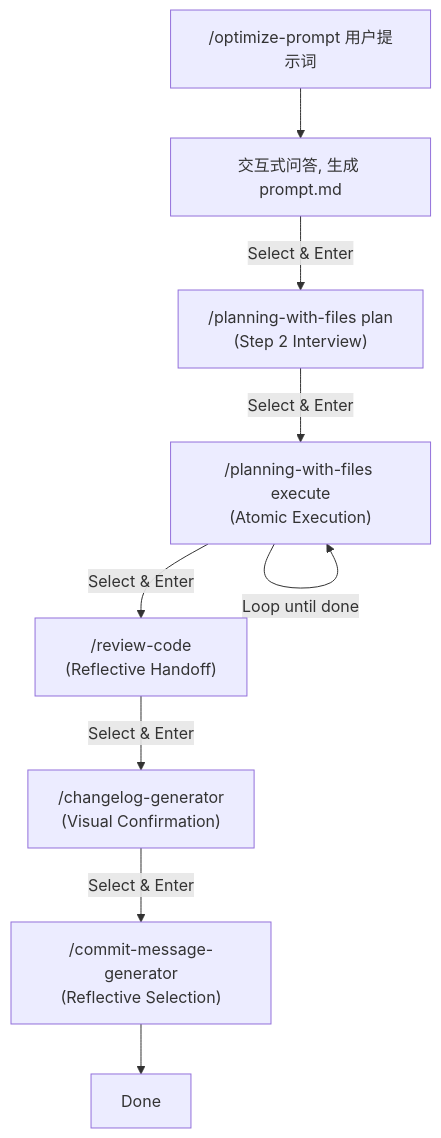
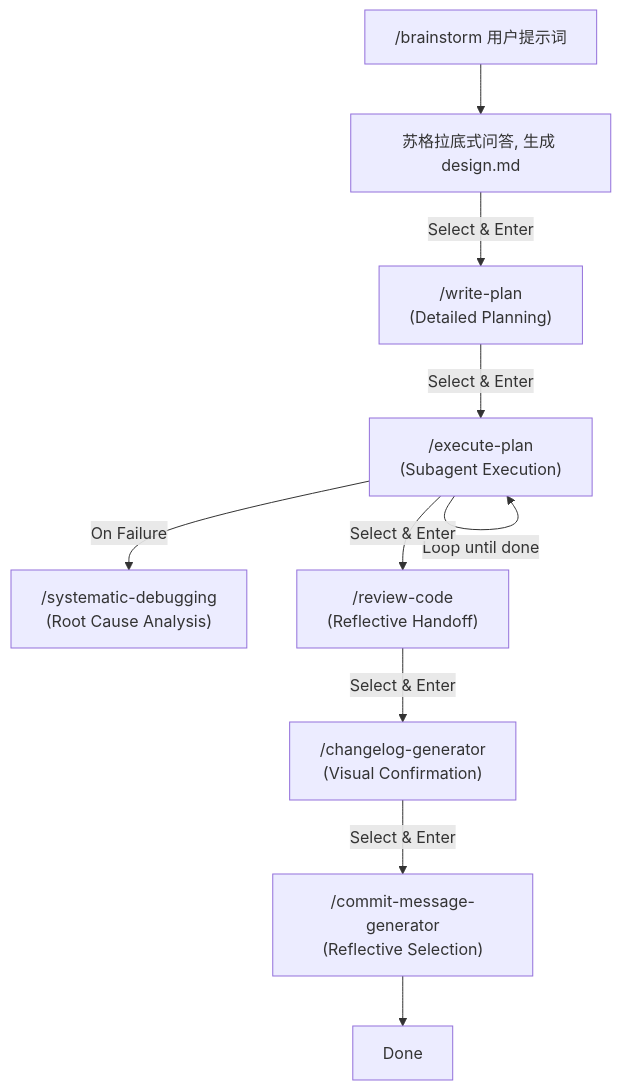
The first of 2 diagrams in README.md (zzpwestlife/learn-claude-code), drawn with Mermaid before and after one commit. The commit also changed other lines of this file and 57 other files, not shown here.

````diff
--- a/README.md
+++ b/README.md
@@ -84,11 +84,12 @@
 ```mermaid
 graph TD
-    Start["/optimize-prompt 用户提示词"] --> Optimize["交互式问答, 生成 prompt.md"]
-    Optimize -->|Select & Enter| Plan["/planning-with-files plan<br/>(Step 2 Interview)"]
-    Plan -->|Select & Enter| Execute["/planning-with-files execute<br/>(Atomic Execution)"]
+    Start["/brainstorm 用户提示词"] --> Optimize["苏格拉底式问答, 生成 design.md"]
+    Optimize -->|Select & Enter| Plan["/write-plan<br/>(Detailed Planning)"]
+    Plan -->|Select & Enter| Execute["/execute-plan<br/>(Subagent Execution)"]
     Execute -->|Loop until done| Execute
+    Execute -->|On Failure| Debug["/systematic-debugging<br/>(Root Cause Analysis)"]
     Execute -->|Select & Enter| Review["/review-code<br/>(Reflective Handoff)"]
     Review -->|Select & Enter| Changelog["/changelog-generator<br/>(Visual Confirmation)"]
     Changelog -->|Select & Enter| Commit["/commit-message-generator<br/>(Reflective Selection)"]
     Commit --> Finish[Done]
 ```
````
